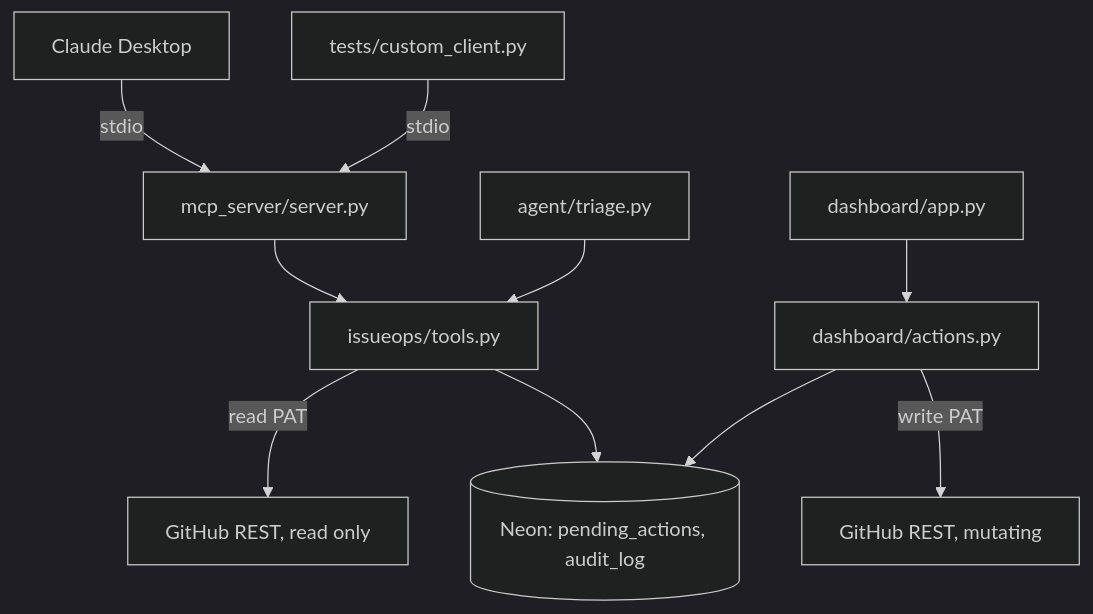
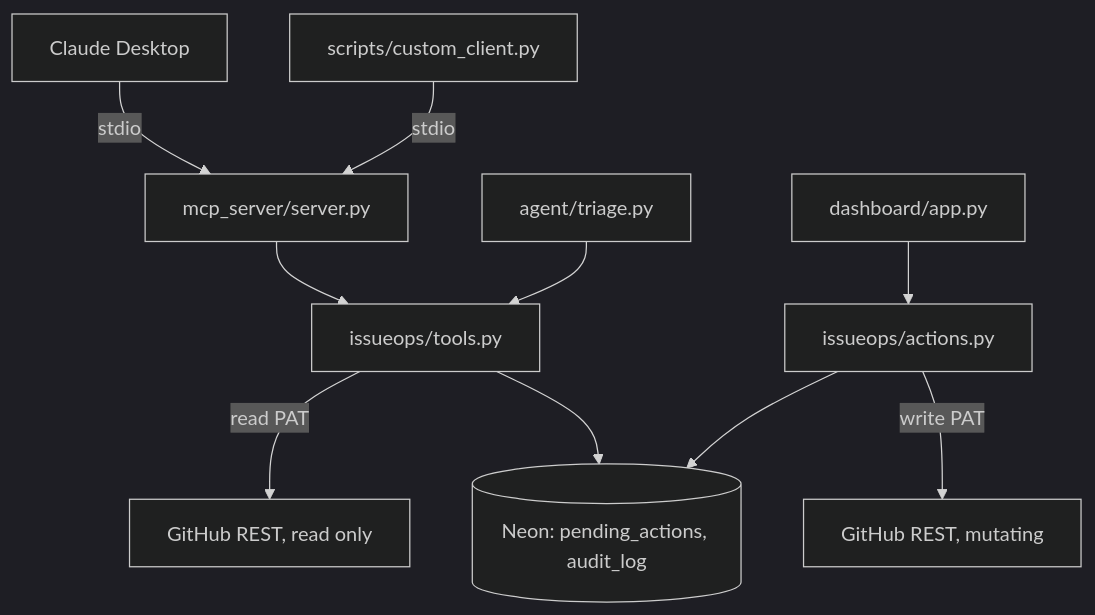
The diagram in README.md (abhinavharbola/issueops-mcp), drawn with Mermaid (dark theme) before and after one commit. The commit also changed other lines of this file, not shown here.

````diff
--- a/README.md
+++ b/README.md
@@ -15,15 +15,15 @@
 ```mermaid
 flowchart TD
     claude[Claude Desktop] -->|stdio| server[mcp_server/server.py]
-    custom[tests/custom_client.py] -->|stdio| server
+    custom[scripts/custom_client.py] -->|stdio| server
     server --> toolsmod[issueops/tools.py]
 
     cron[agent/triage.py] --> toolsmod
 
     toolsmod -->|read PAT| githubread[GitHub REST, read only]
     toolsmod --> neon[(Neon: pending_actions, audit_log)]
 
-    dashboard[dashboard/app.py] --> dbactions[dashboard/actions.py]
-    dbactions -->|write PAT| githubwrite[GitHub REST, mutating]
-    dbactions --> neon
+    dashboard[dashboard/app.py] --> actionsmod[issueops/actions.py]
+    actionsmod -->|write PAT| githubwrite[GitHub REST, mutating]
+    actionsmod --> neon
 ```
````
